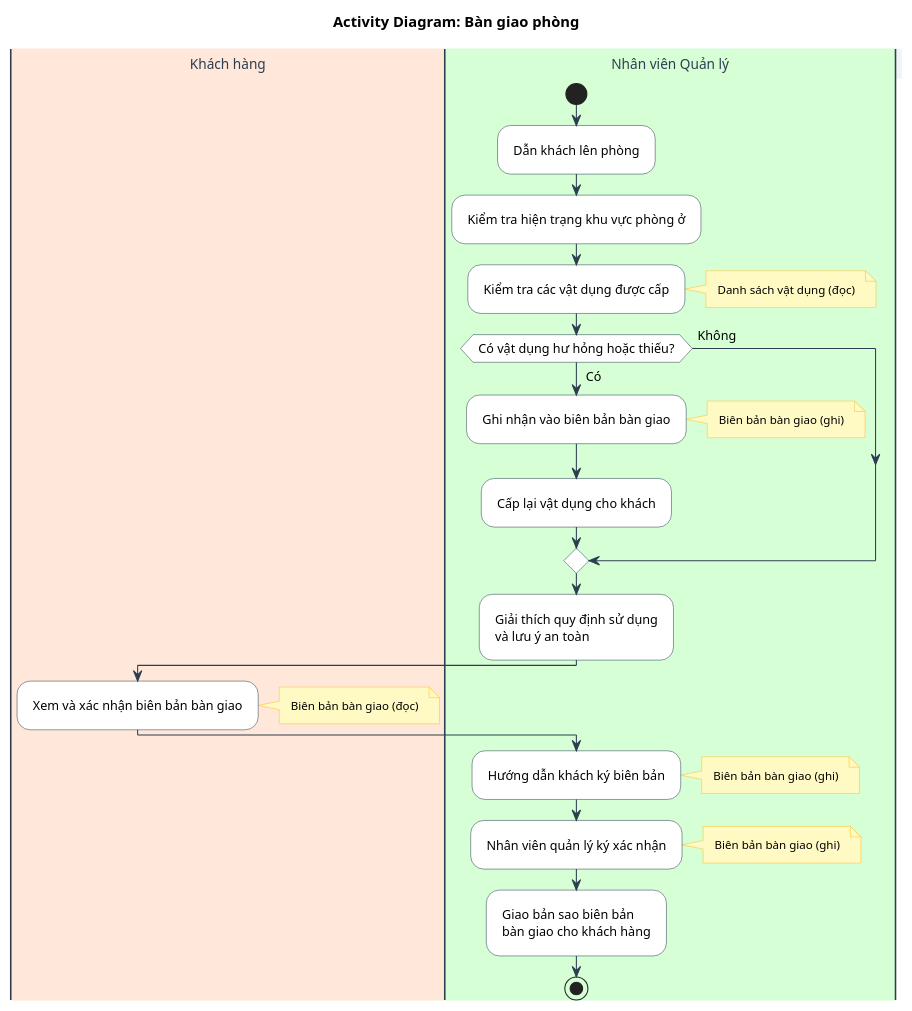
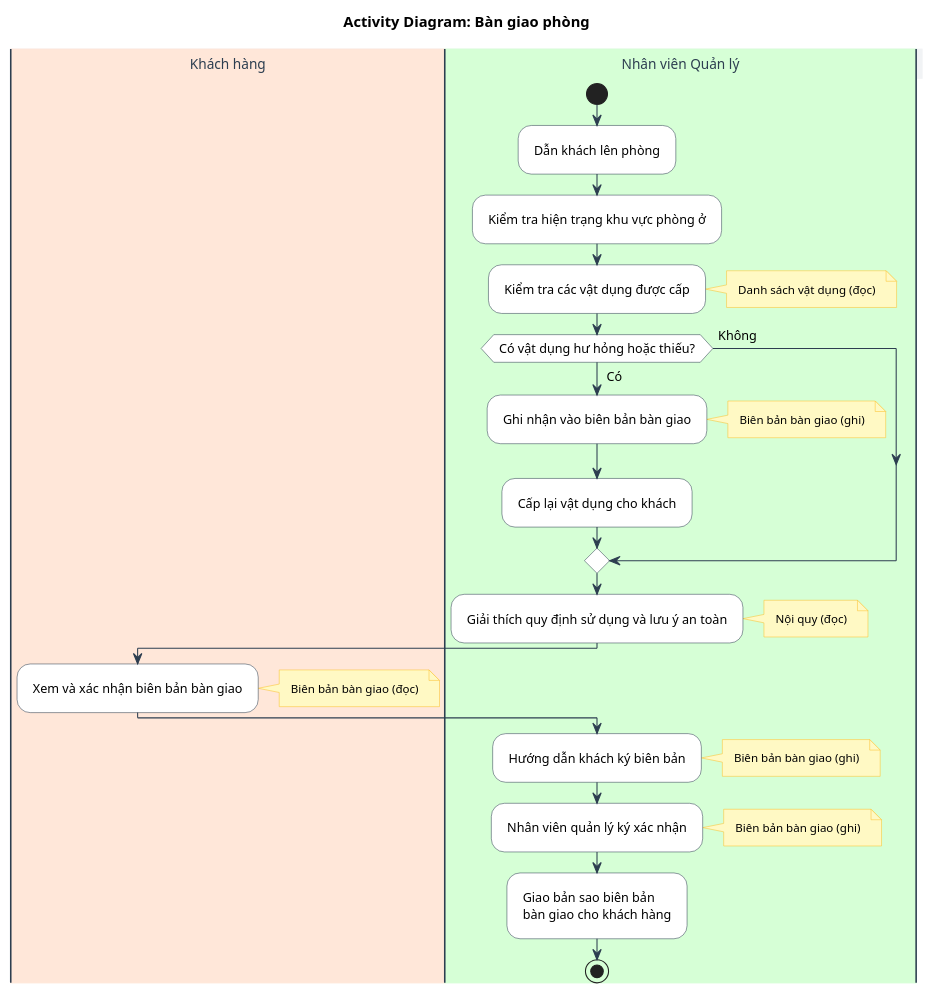
The diagram in doc/business/activity/ban_giao_phong.wsd (Gnourt812005/HCMUS-Analyze-and-desgin-IS), drawn with PlantUML before and after one commit. The commit also changed 2 other files, not shown here.

```diff
--- a/doc/business/activity/ban_giao_phong.wsd
+++ b/doc/business/activity/ban_giao_phong.wsd
@@ -1,81 +1,83 @@
 @startuml BanGiaoPhong
 title Activity Diagram: Bàn giao phòng
 
 ' --- STYLE CONFIGURATION ---
 skinparam {
     ActivityBackgroundColor White
     ActivityBorderColor #2D3E50
     ArrowColor #2D3E50
     DefaultFontName "Arial"
     DefaultFontSize 12
     Padding 5
 
     ' Swimlane styling
     SwimlaneBorderColor #2D3E50
     SwimlaneTitleBackgroundColor #F1F3F5
     SwimlaneTitleFontSize 13
     SwimlaneTitleFontColor #2D3E50
     
     ' Note styling
     NoteBackgroundColor #FFF9C4
     NoteBorderColor #FBC02D
     NoteFontSize 11
 }
 
 ' --- SWIMLANES ---
 |#FFE7D9|Khách hàng|
 |#D6FFD6|Nhân viên Quản lý|
 
 
 
 |Nhân viên Quản lý|
 start
 :Dẫn khách lên phòng;
 
 :Kiểm tra hiện trạng khu vực phòng ở;
 
 :Kiểm tra các vật dụng được cấp;
 note right
     Danh sách vật dụng (đọc)
 end note
 
 if (Có vật dụng hư hỏng hoặc thiếu?) then (Có)
 
     :Ghi nhận vào biên bản bàn giao;
     note right
         Biên bản bàn giao (ghi)
     end note
 
     :Cấp lại vật dụng cho khách;
 
 else (Không)
 
 endif
 
-:Giải thích quy định sử dụng\nvà lưu ý an toàn;
-
+:Giải thích quy định sử dụng và lưu ý an toàn;
+note right
+Nội quy (đọc)
+end note
 
 |Khách hàng|
 :Xem và xác nhận biên bản bàn giao;
 note right
     Biên bản bàn giao (đọc)
 end note
 
 
 |Nhân viên Quản lý|
 :Hướng dẫn khách ký biên bản;
 note right
     Biên bản bàn giao (ghi)
 end note
 
 
 :Nhân viên quản lý ký xác nhận;
 note right
     Biên bản bàn giao (ghi)
 end note
 
 
 :Giao bản sao biên bản \nbàn giao cho khách hàng;
 stop
 
 @enduml
```
